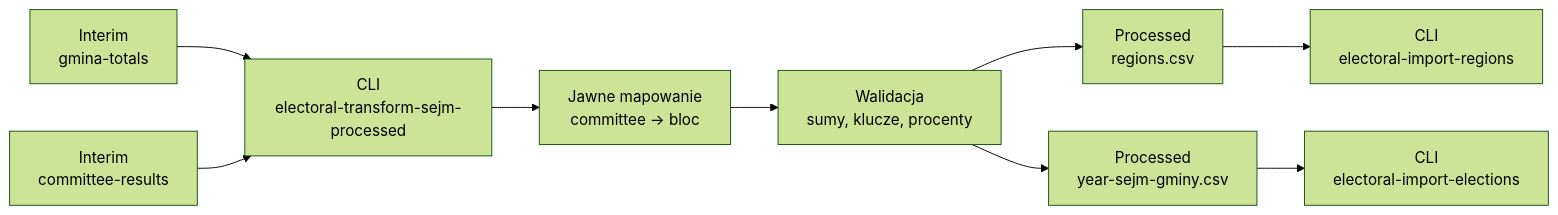
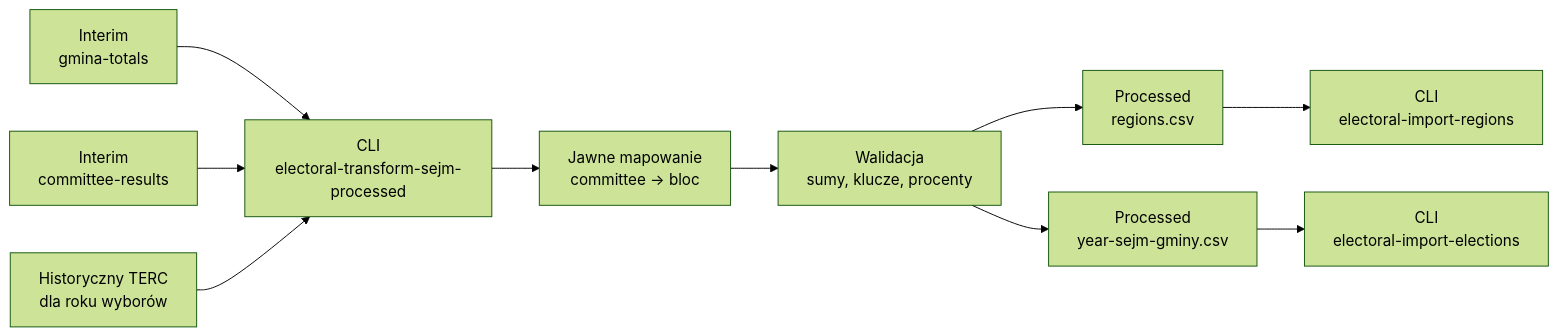
The third of 10 diagrams in docs/flow.md (DawidKK/electoral-drift), drawn with Mermaid (forest theme) before and after one commit. The commit also changed other lines of this file and 11 other files, not shown here.

````diff
--- a/docs/flow.md
+++ b/docs/flow.md
@@ -208,21 +240,23 @@
 ```mermaid
 flowchart LR
     totals["Interim<br/>gmina-totals"]
     committees["Interim<br/>committee-results"]
+    terc["Historyczny TERC<br/>dla roku wyborów"]
     transform["CLI<br/>electoral-transform-sejm-processed"]
     mapping["Jawne mapowanie<br/>committee -> bloc"]
     validation["Walidacja<br/>sumy, klucze, procenty"]
     regions["Processed<br/>regions.csv"]
     results["Processed<br/>year-sejm-gminy.csv"]
     region_import["CLI<br/>electoral-import-regions"]
     election_import["CLI<br/>electoral-import-elections"]
 
     totals --> transform
     committees --> transform
+    terc --> transform
     transform --> mapping
     mapping --> validation
     validation --> regions
     validation --> results
     regions --> region_import
     results --> election_import
 ```
````
